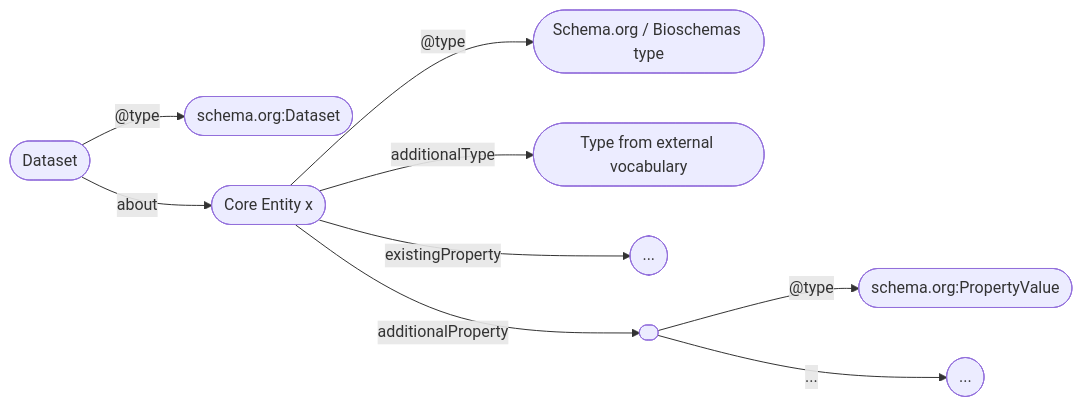
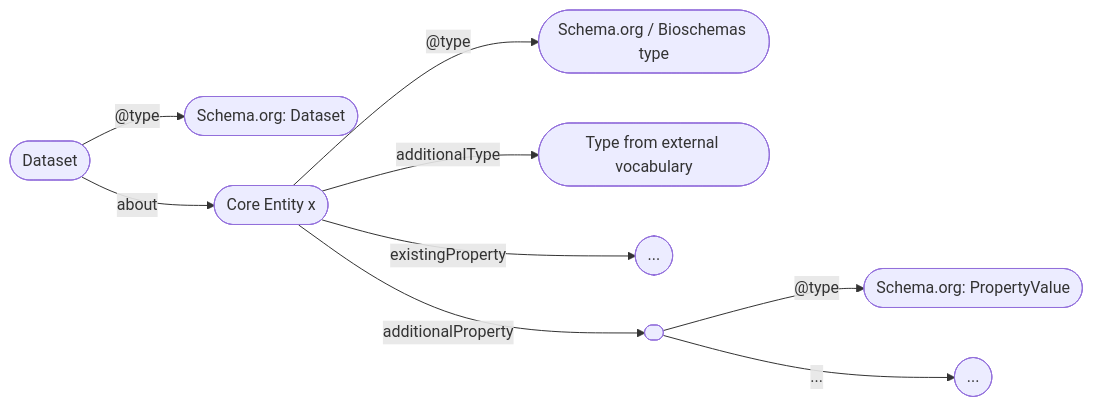
Before and after one commit to fairagro/agri-wg-bioschemas: the first of 2 diagrams in Tutorial/agrischemas_tutorial_draft.md, drawn with Mermaid. The commit also changed other lines of this file, not shown here.

````diff
--- a/Tutorial/agrischemas_tutorial_draft.md
+++ b/Tutorial/agrischemas_tutorial_draft.md
@@ -41,11 +49,11 @@
 ```mermaid
 	flowchart LR;
-	A(["Dataset"]) --"@type"-->B(["schema.org:Dataset"])
+	A(["Dataset"]) --"@type"-->B(["Schema.org: Dataset"])
 	A(["Dataset"])--"about"-->C(["Core Entity"])
 	C(["Core Entity x"]) --"@type"-->D(["Schema.org / Bioschemas type"])
 	C(["Core Entity x"]) --"additionalType"-->E(["Type from external vocabulary"])
 	C(["Core Entity x"]) --"existingProperty"-->F(["..."])
 	C(["Core Entity x"]) --"additionalProperty"-->G([" "])
-	G([" "])--"@type"-->H(["schema.org:PropertyValue"])
+	G([" "])--"@type"-->H(["Schema.org: PropertyValue"])
 	G([" "])--... -->I(["..."])
 ```
````
